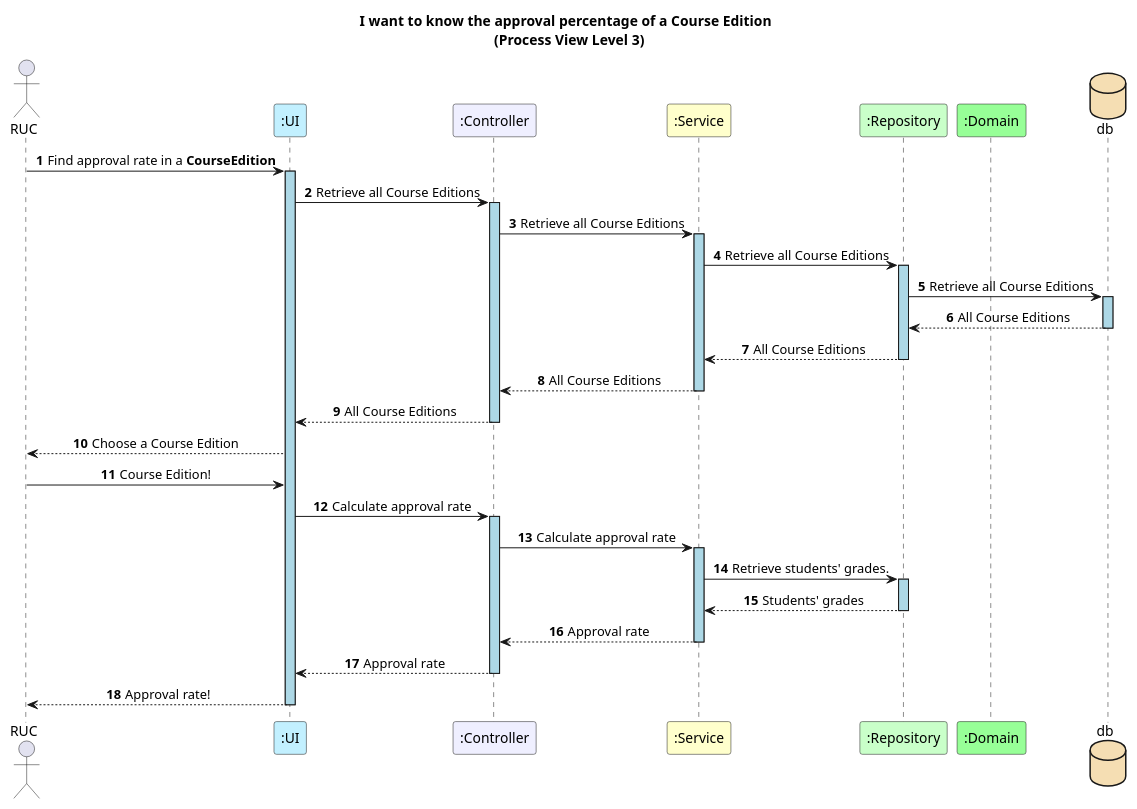
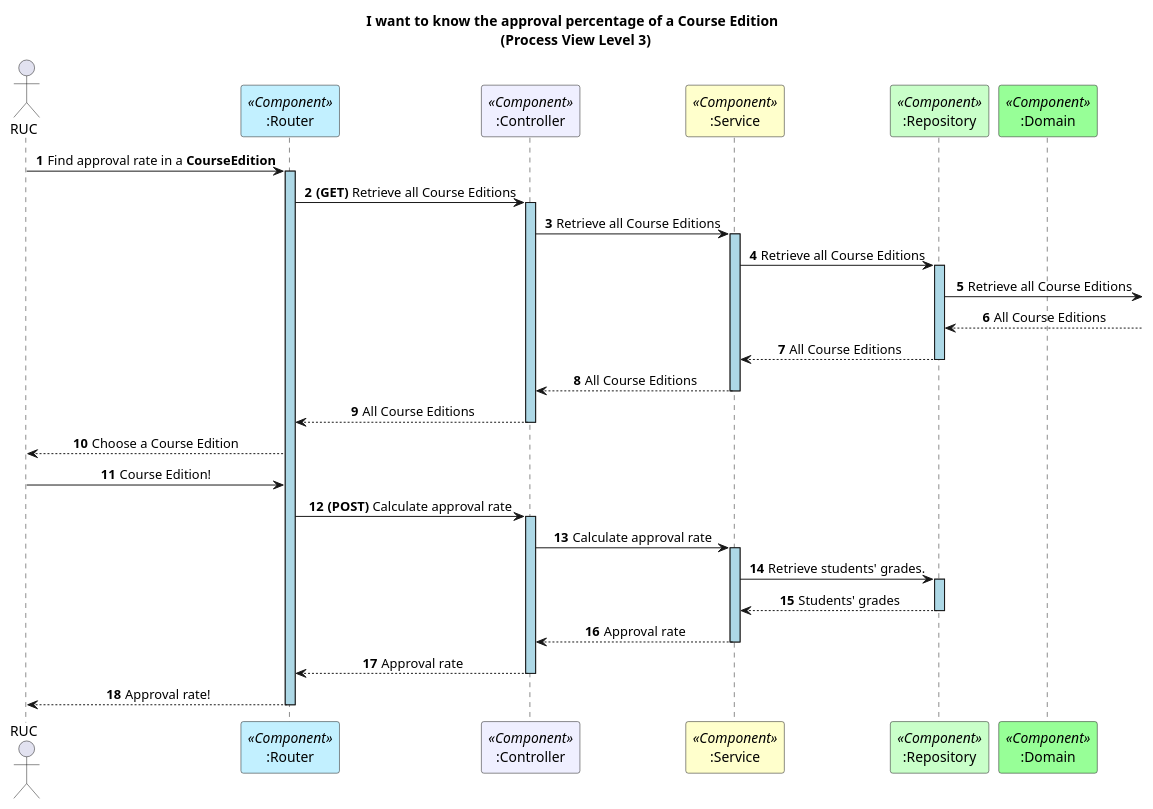
The diagram in docs/US23/REST_API/ProcessView/Level3.puml (GasparISEP/DevOps-PAI), drawn with PlantUML before and after one commit.

Commit message:
Update ProcessView Level 3's Diagram. Refs #565

```diff
--- a/docs/US23/REST_API/ProcessView/Level3.puml
+++ b/docs/US23/REST_API/ProcessView/Level3.puml
@@ -1,61 +1,58 @@
 @startuml
 
 autonumber
 skinparam sequenceMessageAlign center
 skinparam sequenceLifeLineBackgroundColor lightblue
 title I want to know the approval percentage of a Course Edition \n (Process View Level 3)
 skinparam sequencemessagealign center
 
 actor RUC
-participant ":UI" as UI #application
-participant ":Controller" as controller #motivation
-participant ":Service" as service #business
-participant ":Repository" as repo #technology
-participant ":Domain" as domain #physical
-database db #wheat
+participant ":Router" as Router <<Component>> #application
+participant ":Controller" as Controller <<Component>> #motivation
+participant ":Service" as Service <<Component>> #business
+participant ":Repository" as Repository <<Component>> #technology
+participant ":Domain" as Domain <<Component>> #physical
 
-RUC -> UI : Find approval rate in a **CourseEdition**
-activate UI
-UI -> controller : Retrieve all Course Editions
-activate controller
-controller -> service : Retrieve all Course Editions
-activate service
-service -> repo : Retrieve all Course Editions
-activate repo
-repo -> db : Retrieve all Course Editions
-activate db
-db --> repo : All Course Editions
-deactivate db
-repo --> service : All Course Editions
-deactivate repo
-service --> controller : All Course Editions
-deactivate service
-controller --> UI : All Course Editions
-deactivate controller
+RUC -> Router : Find approval rate in a **CourseEdition**
+activate Router
+Router -> Controller : **(GET)** Retrieve all Course Editions
+activate Controller
+Controller -> Service : Retrieve all Course Editions
+activate Service
+Service -> Repository : Retrieve all Course Editions
+activate Repository
+Repository ->  : Retrieve all Course Editions
+Repository <--  : All Course Editions
+Repository --> Service : All Course Editions
+deactivate Repository
+Service --> Controller : All Course Editions
+deactivate Service
+Controller --> Router : All Course Editions
+deactivate Controller
 
 
-UI --> RUC : Choose a Course Edition
-RUC -> UI : Course Edition!
+Router --> RUC : Choose a Course Edition
+RUC -> Router : Course Edition!
 
 
-UI -> controller : Calculate approval rate
+Router -> Controller : **(POST)** Calculate approval rate
 
-activate controller
-controller -> service : Calculate approval rate
+activate Controller
+Controller -> Service : Calculate approval rate
 
-activate service
-service -> repo : Retrieve students' grades.
-activate repo
-repo --> service : Students' grades
-deactivate repo
+activate Service
+Service -> Repository : Retrieve students' grades.
+activate Repository
+Repository --> Service : Students' grades
+deactivate Repository
 
-service --> controller : Approval rate
-deactivate service
+Service --> Controller : Approval rate
+deactivate Service
 
-controller --> UI : Approval rate
-deactivate controller
+Controller --> Router : Approval rate
+deactivate Controller
 
-UI --> RUC : Approval rate!
-deactivate UI
+Router --> RUC : Approval rate!
+deactivate Router
 
 @enduml
```
